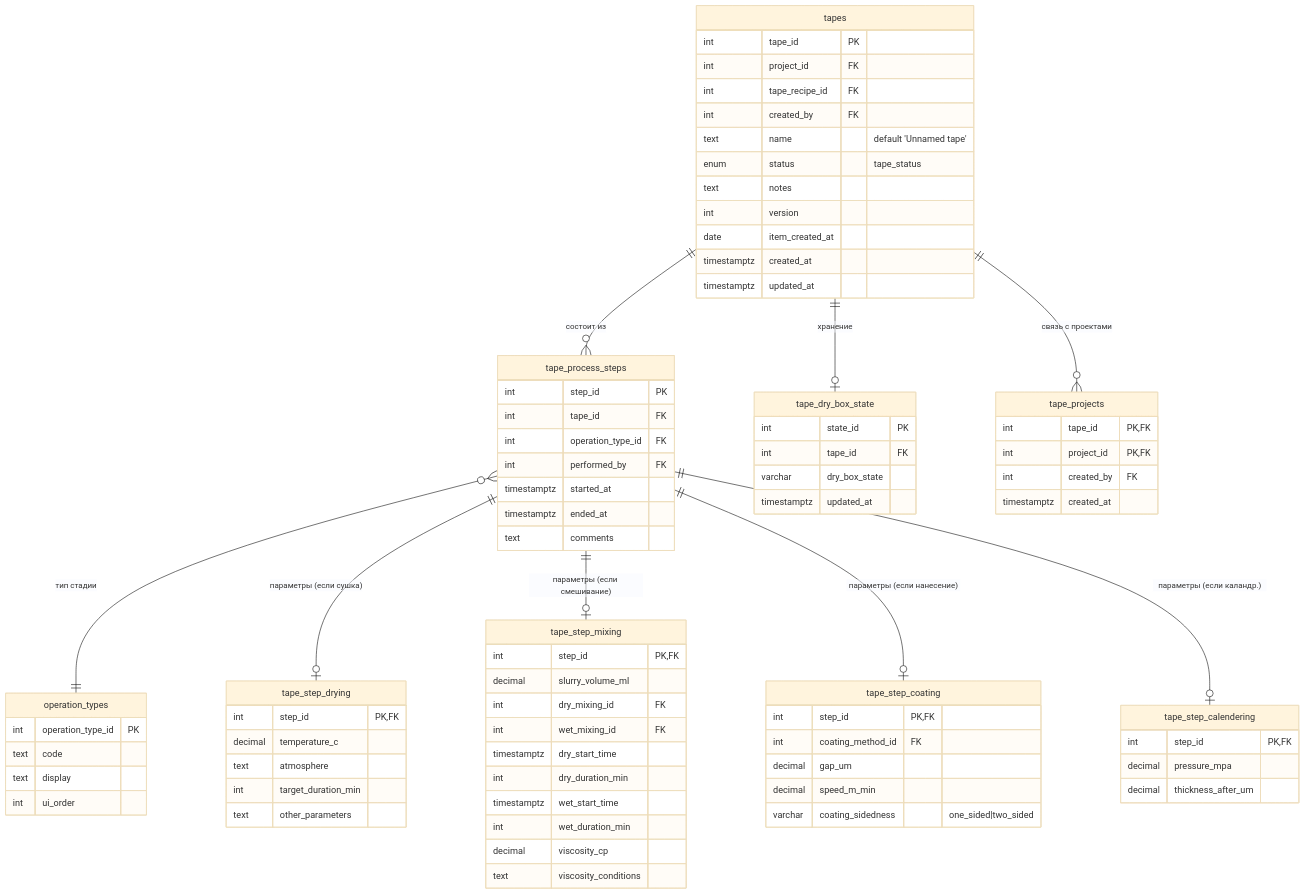
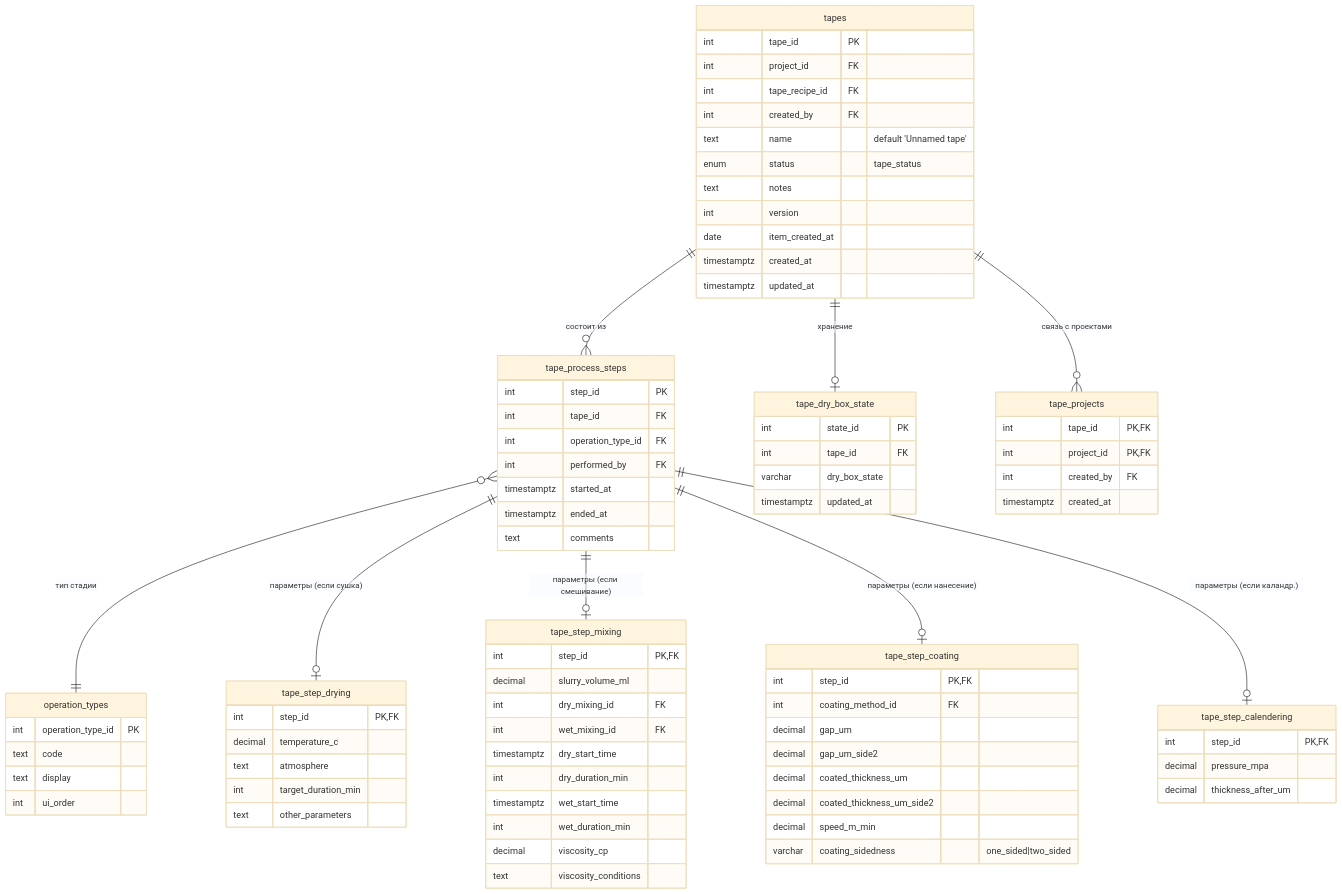
Before and after one commit to chem-coder/BADB---Battery-Assembly-Database: the sixth of 16 diagrams in Документация ЕСПД/03. Пояснительная записка.md, drawn with Mermaid (base theme). The commit also changed other lines of this file and 33 other files, not shown here.

```diff
--- a/Документация ЕСПД/03. Пояснительная записка.md
+++ b/Документация ЕСПД/03. Пояснительная записка.md
@@ -523,6 +523,9 @@
         int step_id PK,FK
         int coating_method_id FK
         decimal gap_um
+        decimal gap_um_side2
+        decimal coated_thickness_um
+        decimal coated_thickness_um_side2
         decimal speed_m_min
         varchar coating_sidedness "one_sided|two_sided"
     }
```
